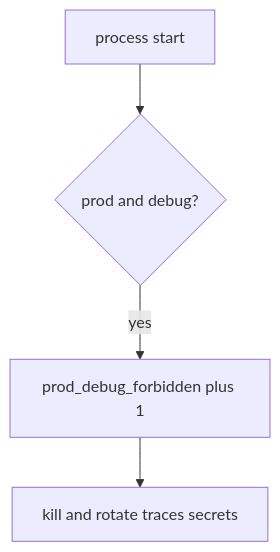
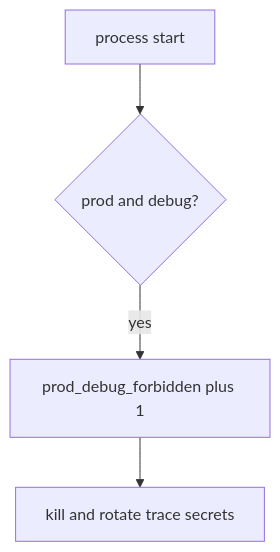
One commit to ishitvagoel/LearnSecurity changed the diagram in content/modules/10/10.4/lessons/06-operate.md. Above: the diagram before and after it, drawn with Mermaid. The commit also changed other lines of this file and 39 other files, not shown here.

````diff
--- a/content/modules/10/10.4/lessons/06-operate.md
+++ b/content/modules/10/10.4/lessons/06-operate.md
@@ -13,6 +14,6 @@
 ```mermaid
 flowchart TD
   Boot[process start] --> Pair{"prod and debug?"}
   Pair -->|yes| Metric["prod_debug_forbidden plus 1"]
-  Metric --> Kill[kill and rotate traces secrets]
+  Metric --> Kill[kill and rotate trace secrets]
 ```
````
